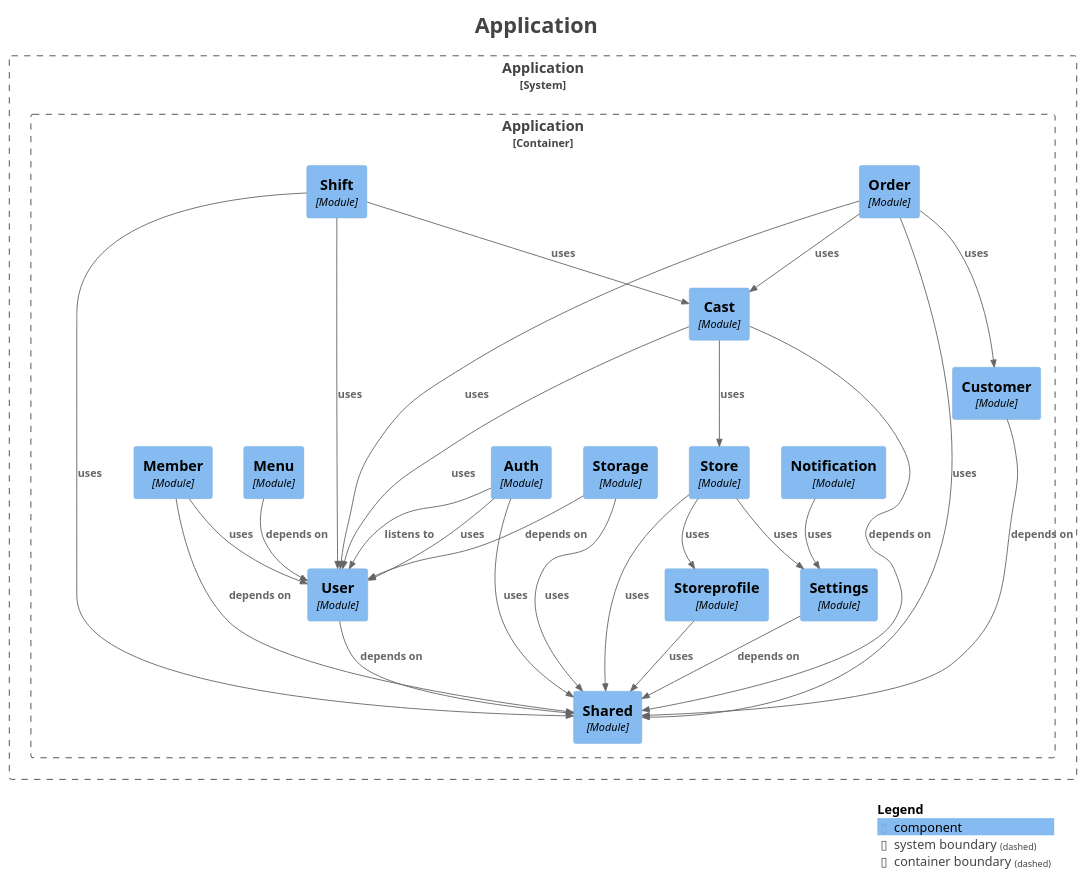
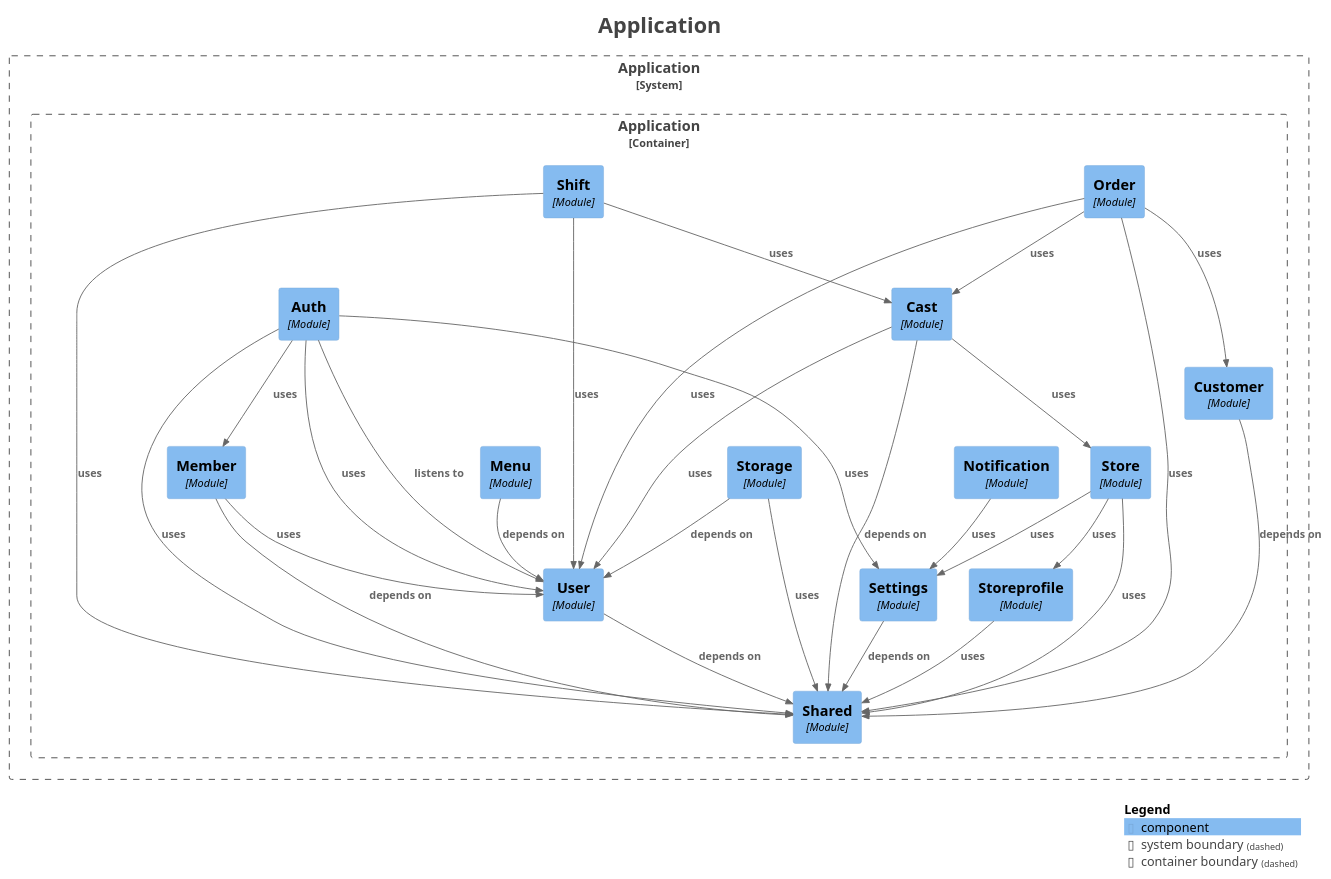
One commit to kanghouchao/Kizuna changed the diagram in backend/docs/modulith/components.puml. Above: the diagram before and after it, drawn with PlantUML. The commit also changed 70 other files, not shown here.

```diff
--- a/backend/docs/modulith/components.puml
+++ b/backend/docs/modulith/components.puml
@@ -1,67 +1,69 @@
 @startuml
 title <size:24>Application</size>
 
 set separator none
 top to bottom direction
 
 <style>
   root {
     BackgroundColor: #ffffff
     FontColor: #444444
   }
 </style>
 
 !include <C4/C4>
 !include <C4/C4_Context>
 !include <C4/C4_Component>
 
 System_Boundary("Application_boundary", "Application", $tags="") {
   Container_Boundary("Application.Application_boundary", "Application", $tags="") {
     Component(Application.Application.Menu, "Menu", $techn="Module", $descr="", $tags="", $link="")
     Component(Application.Application.Notification, "Notification", $techn="Module", $descr="", $tags="", $link="")
     Component(Application.Application.Storage, "Storage", $techn="Module", $descr="", $tags="", $link="")
     Component(Application.Application.Store, "Store", $techn="Module", $descr="", $tags="", $link="")
     Component(Application.Application.Cast, "Cast", $techn="Module", $descr="", $tags="", $link="")
     Component(Application.Application.Order, "Order", $techn="Module", $descr="", $tags="", $link="")
     Component(Application.Application.Shift, "Shift", $techn="Module", $descr="", $tags="", $link="")
     Component(Application.Application.Shared, "Shared", $techn="Module", $descr="", $tags="", $link="")
     Component(Application.Application.Customer, "Customer", $techn="Module", $descr="", $tags="", $link="")
     Component(Application.Application.Settings, "Settings", $techn="Module", $descr="", $tags="", $link="")
     Component(Application.Application.Storeprofile, "Storeprofile", $techn="Module", $descr="", $tags="", $link="")
     Component(Application.Application.User, "User", $techn="Module", $descr="", $tags="", $link="")
     Component(Application.Application.Auth, "Auth", $techn="Module", $descr="", $tags="", $link="")
     Component(Application.Application.Member, "Member", $techn="Module", $descr="", $tags="", $link="")
   }
 
 }
 
 Rel(Application.Application.Menu, Application.Application.User, "depends on", $techn="", $tags="", $link="")
 Rel(Application.Application.Settings, Application.Application.Shared, "depends on", $techn="", $tags="", $link="")
 Rel(Application.Application.Storeprofile, Application.Application.Shared, "uses", $techn="", $tags="", $link="")
 Rel(Application.Application.Store, Application.Application.Storeprofile, "uses", $techn="", $tags="", $link="")
 Rel(Application.Application.Store, Application.Application.Settings, "uses", $techn="", $tags="", $link="")
 Rel(Application.Application.Store, Application.Application.Shared, "uses", $techn="", $tags="", $link="")
 Rel(Application.Application.Customer, Application.Application.Shared, "depends on", $techn="", $tags="", $link="")
 Rel(Application.Application.Auth, Application.Application.User, "listens to", $techn="", $tags="", $link="")
 Rel(Application.Application.Auth, Application.Application.User, "uses", $techn="", $tags="", $link="")
 Rel(Application.Application.Auth, Application.Application.Shared, "uses", $techn="", $tags="", $link="")
+Rel(Application.Application.Auth, Application.Application.Member, "uses", $techn="", $tags="", $link="")
+Rel(Application.Application.Auth, Application.Application.Settings, "uses", $techn="", $tags="", $link="")
 Rel(Application.Application.Notification, Application.Application.Settings, "uses", $techn="", $tags="", $link="")
 Rel(Application.Application.Member, Application.Application.Shared, "depends on", $techn="", $tags="", $link="")
 Rel(Application.Application.Member, Application.Application.User, "uses", $techn="", $tags="", $link="")
 Rel(Application.Application.Storage, Application.Application.User, "depends on", $techn="", $tags="", $link="")
 Rel(Application.Application.Storage, Application.Application.Shared, "uses", $techn="", $tags="", $link="")
 Rel(Application.Application.Shift, Application.Application.User, "uses", $techn="", $tags="", $link="")
 Rel(Application.Application.Shift, Application.Application.Cast, "uses", $techn="", $tags="", $link="")
 Rel(Application.Application.Shift, Application.Application.Shared, "uses", $techn="", $tags="", $link="")
 Rel(Application.Application.Cast, Application.Application.Shared, "depends on", $techn="", $tags="", $link="")
 Rel(Application.Application.Cast, Application.Application.User, "uses", $techn="", $tags="", $link="")
 Rel(Application.Application.Cast, Application.Application.Store, "uses", $techn="", $tags="", $link="")
 Rel(Application.Application.Order, Application.Application.Customer, "uses", $techn="", $tags="", $link="")
 Rel(Application.Application.Order, Application.Application.Cast, "uses", $techn="", $tags="", $link="")
 Rel(Application.Application.Order, Application.Application.User, "uses", $techn="", $tags="", $link="")
 Rel(Application.Application.Order, Application.Application.Shared, "uses", $techn="", $tags="", $link="")
 Rel(Application.Application.User, Application.Application.Shared, "depends on", $techn="", $tags="", $link="")
 
 SHOW_LEGEND(true)
 hide stereotypes
 @enduml
```
